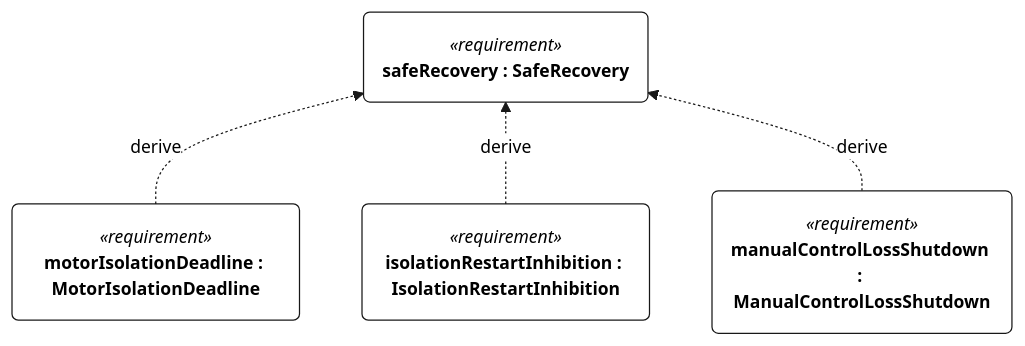
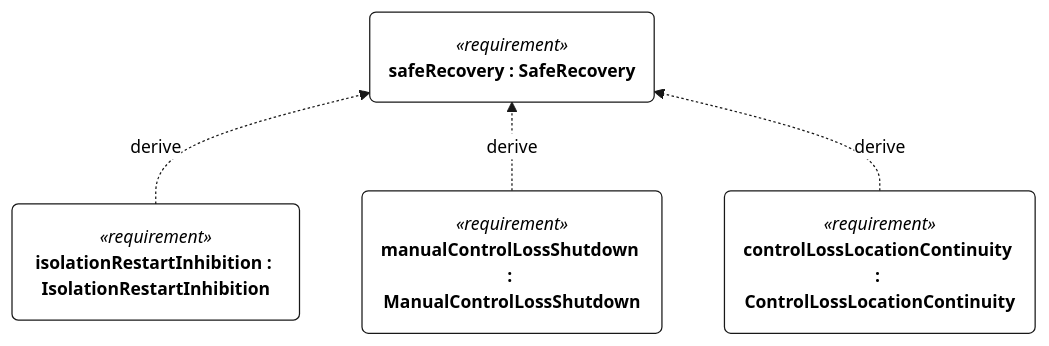
One commit to DavidIngraham/sv-blue-dog changed the second of 3 diagrams in docs/figures/requirements-s-003.md. Above: the diagram before and after it, drawn with Mermaid. The commit also changed other lines of this file and 130 other files, not shown here.

````diff
--- a/docs/figures/requirements-s-003.md
+++ b/docs/figures/requirements-s-003.md
@@ -79,43 +77,43 @@
 ```mermaid
 ---
 config:
   fontFamily: "Helvetica, Arial, sans-serif"
   theme: base
   themeCSS: ".edgeLabel rect { opacity: 1 !important; } .cluster-label .nodeLabel { text-align: center; }"
   themeVariables:
     fontFamily: "Helvetica, Arial, sans-serif"
     fontSize: "14px"
     primaryColor: "#FFFFFF"
     secondaryColor: "#FFFFFF"
     tertiaryColor: "#FFFFFF"
     background: "#FFFFFF"
     primaryBorderColor: "#181818"
     primaryTextColor: "#000000"
     lineColor: "#181818"
     textColor: "#000000"
     noteBkgColor: "#FEFFDD"
     noteBorderColor: "#181818"
     noteTextColor: "#000000"
     clusterBkg: "#FFFFFF"
     clusterBorder: "#181818"
     edgeLabelBackground: "#FFFFFF"
 ---
 %% BlueDogViews::safeRecovery2 — requirement rendering (view def GeneralView, filter @RequirementUsage)
-%% not represented: 129 node(s) without a position, left undrawn, and 194 edge(s) at them
+%% not represented: 113 node(s) without a position, left undrawn, and 163 edge(s) at them
 %% layout: n0 x=0 y=0
 %% layout: n1 x=0 y=200
 %% layout: n2 x=300 y=200
 %% layout: n3 x=600 y=200
 flowchart BT
   n0("`*«requirement»*
 **safeRecovery : SafeRecovery**`")
   n1("`*«requirement»*
-**motorIsolationDeadline : MotorIsolationDeadline**`")
+**isolationRestartInhibition : IsolationRestartInhibition**`")
   n2("`*«requirement»*
-**isolationRestartInhibition : IsolationRestartInhibition**`")
+**manualControlLossShutdown : ManualControlLossShutdown**`")
   n3("`*«requirement»*
-**manualControlLossShutdown : ManualControlLossShutdown**`")
+**controlLossLocationContinuity : ControlLossLocationContinuity**`")
   n1 -.->|"derive"| n0
   n2 -.->|"derive"| n0
   n3 -.->|"derive"| n0
 ```
````
